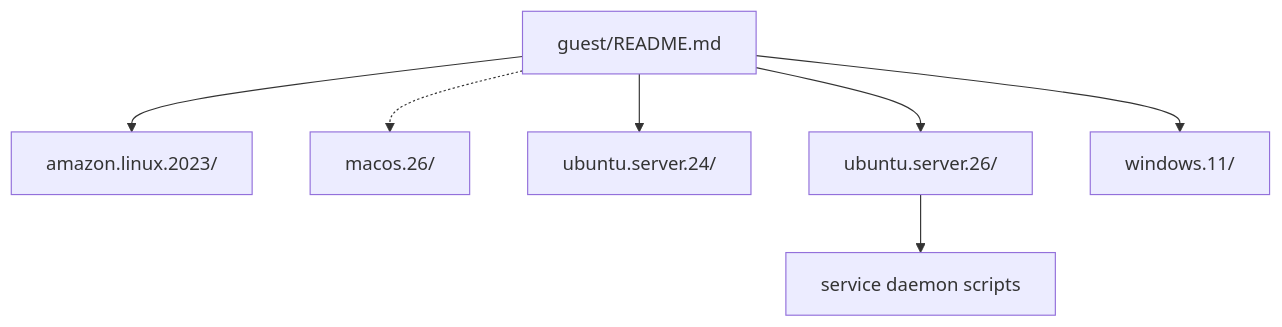
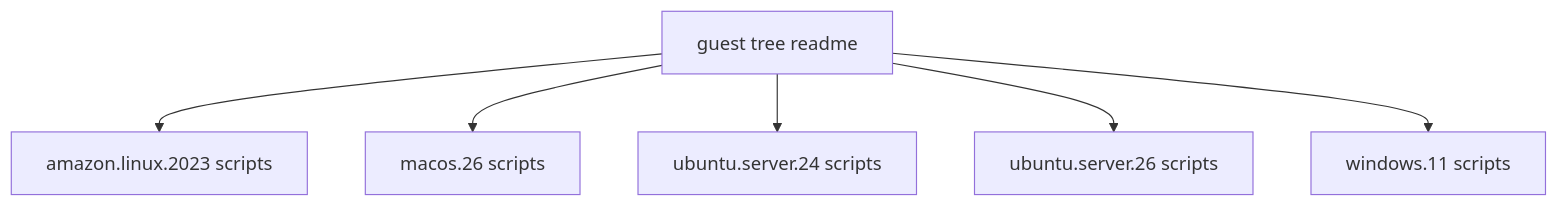
The third of 7 diagrams in docs/design/02-component-breakdown.md (alissonsol/yuruna), drawn with Mermaid before and after one commit. The commit also changed other lines of this file and 752 other files, not shown here.

````diff
--- a/docs/design/02-component-breakdown.md
+++ b/docs/design/02-component-breakdown.md
@@ -293,18 +270,15 @@
 ```mermaid
 flowchart TD
-    guest-readme["guest/README.md"]
-    amazon-linux-2023["amazon.linux.2023/"]
-    macos-26["macos.26/"]
-    ubuntu-server-24["ubuntu.server.24/"]
-    ubuntu-server-26["ubuntu.server.26/"]
-    windows-11["windows.11/"]
-    service-daemons["service daemon scripts"]
+    amazon-linux-2023["amazon.linux.2023 scripts"]
+    macos-26["macos.26 scripts"]
+    ubuntu-server-24["ubuntu.server.24 scripts"]
+    ubuntu-server-26["ubuntu.server.26 scripts"]
+    windows-11["windows.11 scripts"]
+    guest-readme["guest tree readme"]
 
     guest-readme --> amazon-linux-2023
+    guest-readme --> macos-26
     guest-readme --> ubuntu-server-24
     guest-readme --> ubuntu-server-26
     guest-readme --> windows-11
-    guest-readme -.-> macos-26
-    %% manual: New-VM.ps1 restores the IPSW, first boot is Setup Assistant
-    ubuntu-server-26 --> service-daemons
 ```
````
